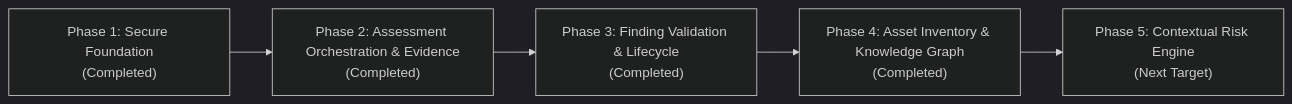
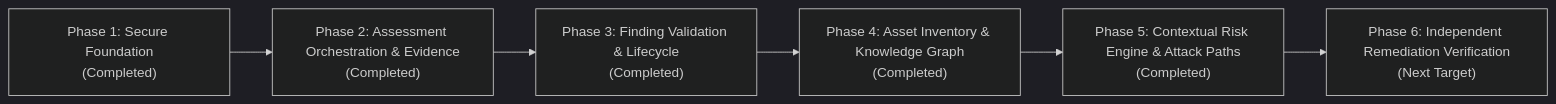
The diagram in docs/ROADMAP.md (darkboyO7/sec_sys), drawn with Mermaid (dark theme) before and after one commit. The commit also changed other lines of this file and 17 other files, not shown here.

Commit message:
feat(risk): Phase 5 contextual risk intelligence, attack paths, and remediation prioritization

````diff
--- a/docs/ROADMAP.md
+++ b/docs/ROADMAP.md
@@ -7,7 +7,8 @@
 ```mermaid
 flowchart LR
     P1["Phase 1: Secure Foundation\n(Completed)"] --> P2["Phase 2: Assessment Orchestration & Evidence\n(Completed)"]
     P2 --> P3["Phase 3: Finding Validation & Lifecycle\n(Completed)"]
     P3 --> P4["Phase 4: Asset Inventory & Knowledge Graph\n(Completed)"]
-    P4 --> P5["Phase 5: Contextual Risk Engine\n(Next Target)"]
+    P4 --> P5["Phase 5: Contextual Risk Engine & Attack Paths\n(Completed)"]
+    P5 --> P6["Phase 6: Independent Remediation Verification\n(Next Target)"]
 ```
````
